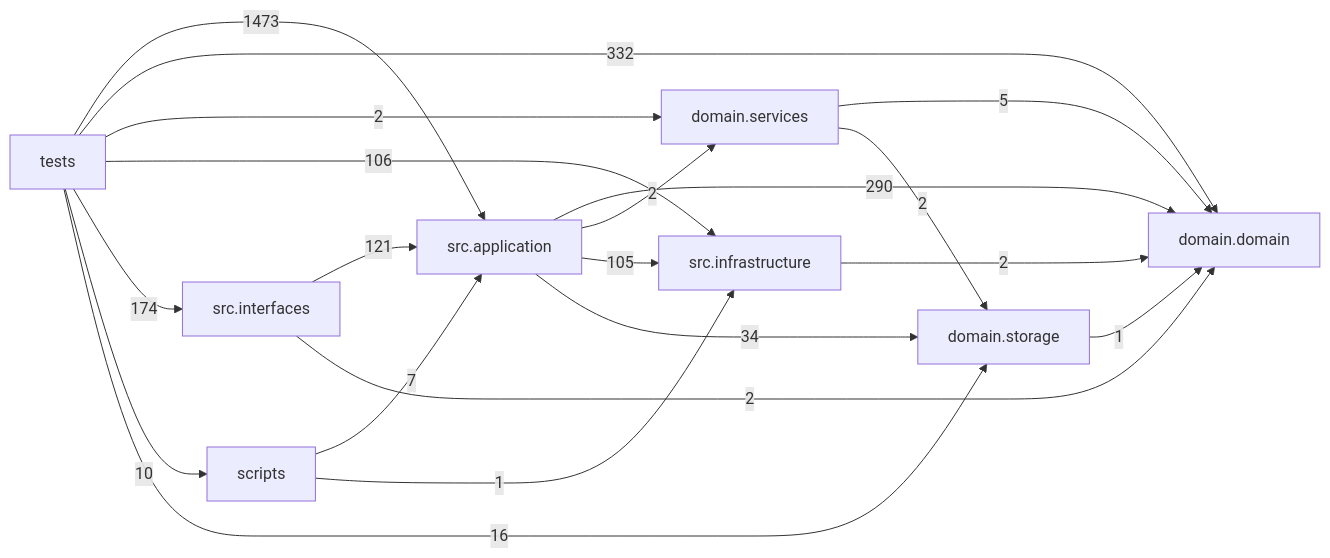
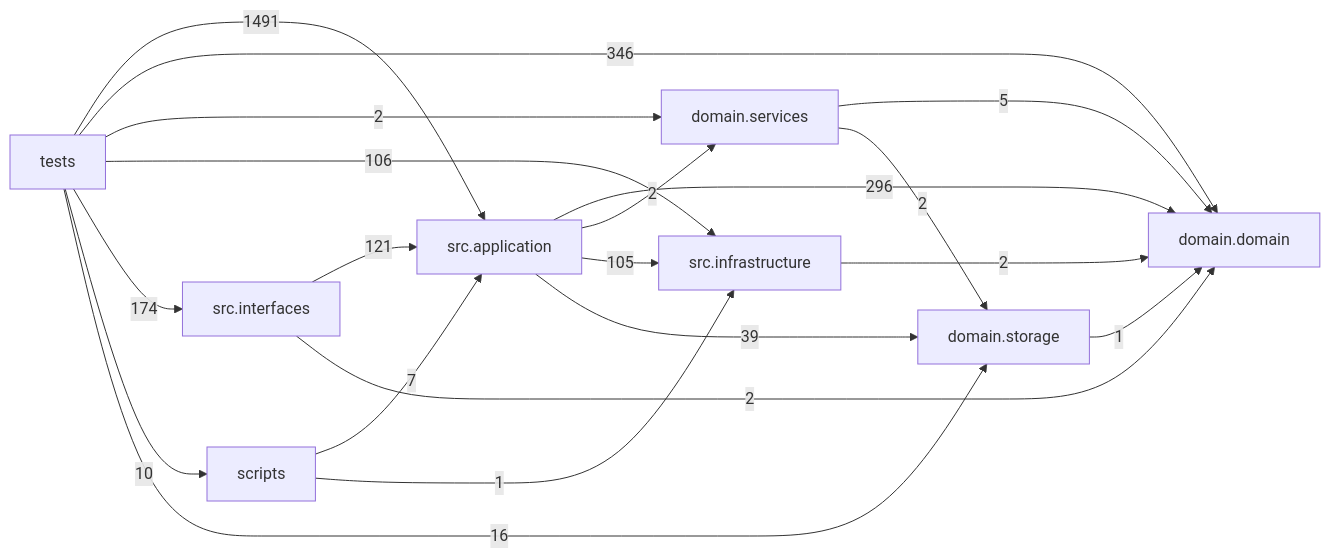
One commit to liuxie066/options-monitor changed the diagram in docs/DEPENDENCY_GRAPH.md. Above: the diagram before and after it, drawn with Mermaid. The commit also changed other lines of this file and 13 other files, not shown here.

````diff
--- a/docs/DEPENDENCY_GRAPH.md
+++ b/docs/DEPENDENCY_GRAPH.md
@@ -24,30 +24,30 @@
 ```mermaid
 flowchart LR
   tests["tests"]
   scripts["scripts"]
   interfaces["src.interfaces"]
   application["src.application"]
   infrastructure["src.infrastructure"]
   domain_services["domain.services"]
   domain["domain.domain"]
   storage["domain.storage"]
-  application -->|290| domain
+  application -->|296| domain
   application -->|2| domain_services
   application -->|105| infrastructure
-  application -->|34| storage
+  application -->|39| storage
   domain_services -->|5| domain
   domain_services -->|2| storage
   infrastructure -->|2| domain
   interfaces -->|121| application
   interfaces -->|2| domain
   scripts -->|7| application
   scripts -->|1| infrastructure
   storage -->|1| domain
-  tests -->|1473| application
-  tests -->|332| domain
+  tests -->|1491| application
+  tests -->|346| domain
   tests -->|2| domain_services
   tests -->|106| infrastructure
   tests -->|174| interfaces
   tests -->|10| scripts
   tests -->|16| storage
 ```
````
